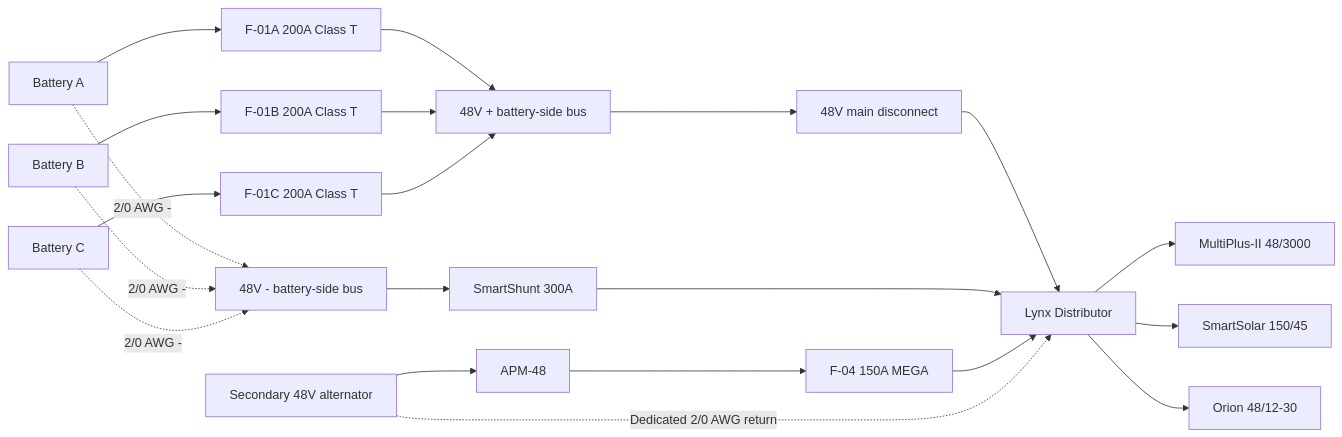
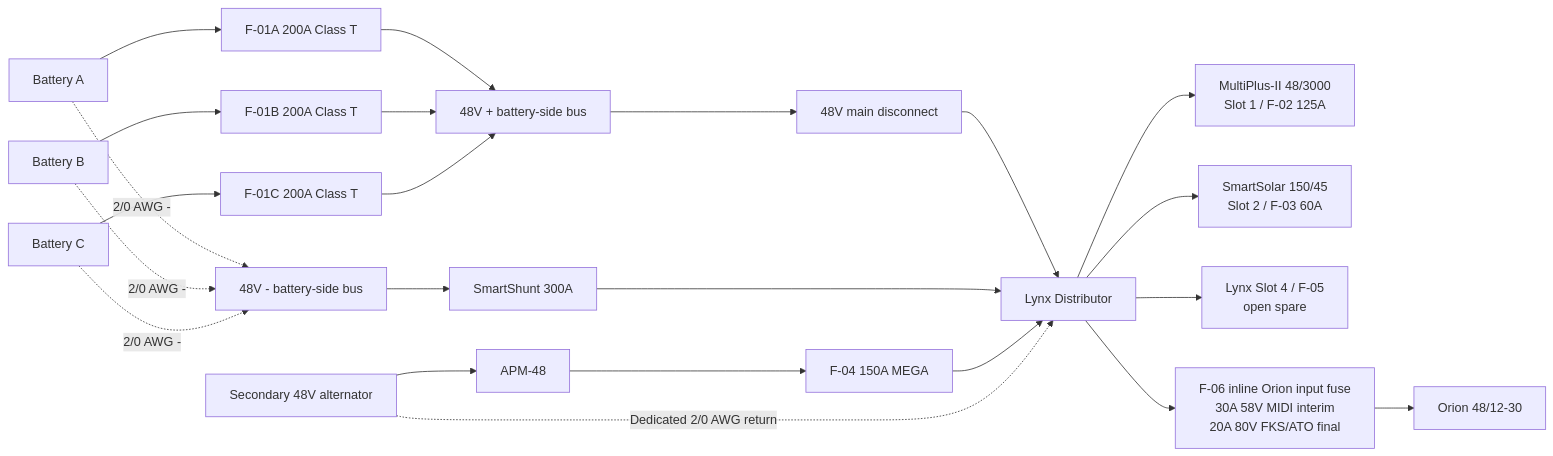
Before and after one commit to DataDaneDev/HiatusBuild: the diagram in docs/pdf_exports/assets/ELECTRICAL_48V_ARCHITECTURE/diagram-01.mmd, drawn with Mermaid. The commit also changed 31 other files, not shown here.

```diff
--- a/docs/pdf_exports/assets/ELECTRICAL_48V_ARCHITECTURE/diagram-01.mmd
+++ b/docs/pdf_exports/assets/ELECTRICAL_48V_ARCHITECTURE/diagram-01.mmd
@@ -1,25 +1,27 @@
 flowchart LR
     BATA["Battery A"] --> F01A["F-01A 200A Class T"]
     BATB["Battery B"] --> F01B["F-01B 200A Class T"]
     BATC["Battery C"] --> F01C["F-01C 200A Class T"]
 
     F01A --> POSBUS["48V + battery-side bus"]
     F01B --> POSBUS
     F01C --> POSBUS
     POSBUS --> DISC["48V main disconnect"]
     DISC --> LYNX["Lynx Distributor"]
 
     BATA -. "2/0 AWG -" .-> NEGBUS["48V - battery-side bus"]
     BATB -. "2/0 AWG -" .-> NEGBUS
     BATC -. "2/0 AWG -" .-> NEGBUS
     NEGBUS --> SHUNT["SmartShunt 300A"]
     SHUNT --> LYNX
 
     ALT48["Secondary 48V alternator"] --> APM48["APM-48"]
     APM48 --> F04["F-04 150A MEGA"]
     F04 --> LYNX
     ALT48 -. "Dedicated 2/0 AWG return" .-> LYNX
 
-    LYNX --> MULTI["MultiPlus-II 48/3000"]
-    LYNX --> MPPT["SmartSolar 150/45"]
-    LYNX --> ORION["Orion 48/12-30"]
+    LYNX --> MULTI["MultiPlus-II 48/3000\nSlot 1 / F-02 125A"]
+    LYNX --> MPPT["SmartSolar 150/45\nSlot 2 / F-03 60A"]
+    LYNX --> SLOT4["Lynx Slot 4 / F-05\nopen spare"]
+    LYNX --> F06["F-06 inline Orion input fuse\n30A 58V MIDI interim\n20A 80V FKS/ATO final"]
+    F06 --> ORION["Orion 48/12-30"]
```
